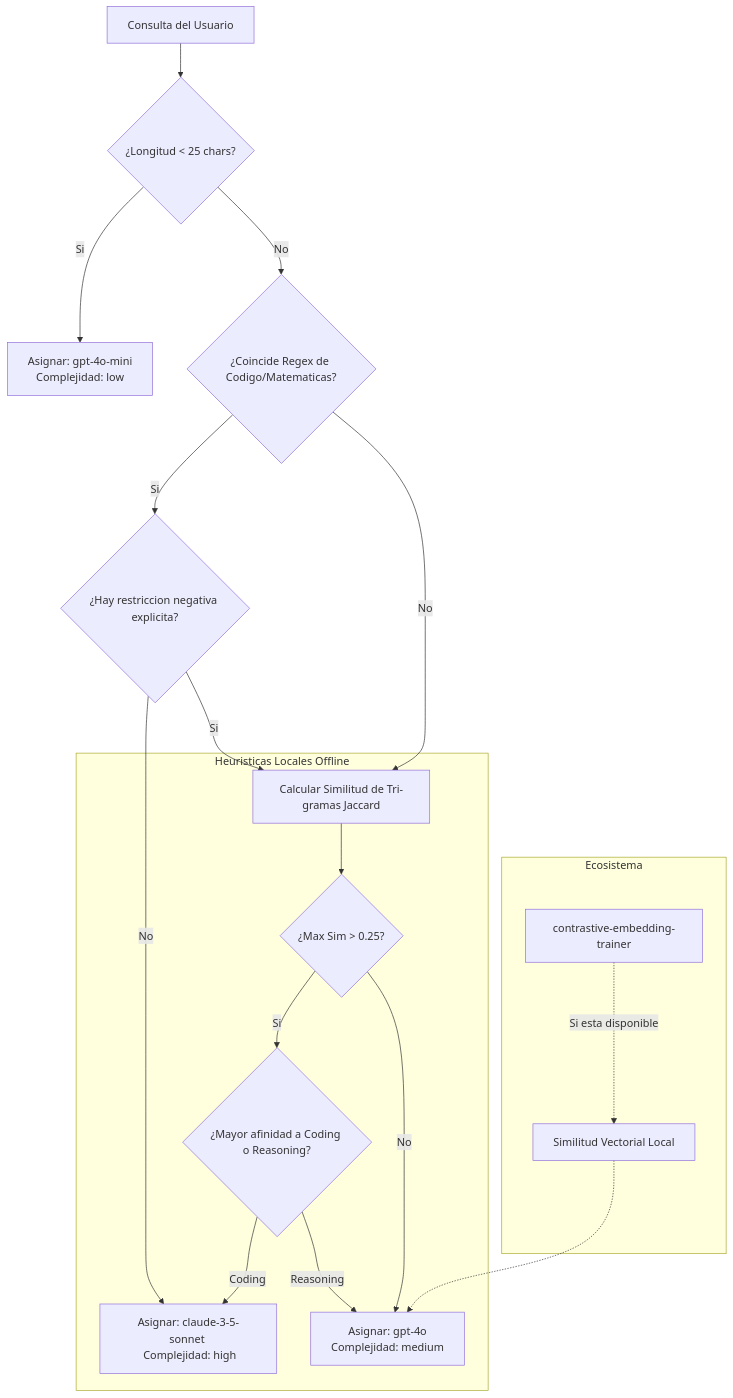
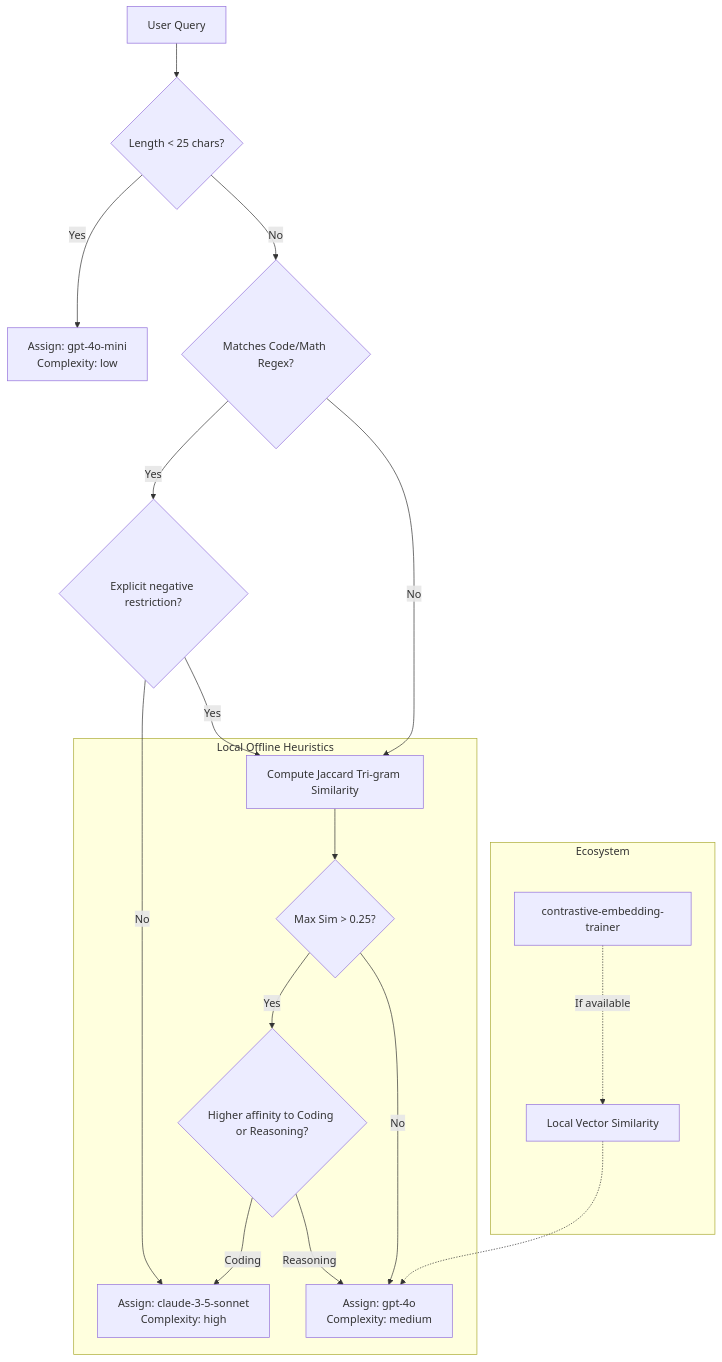
One commit to juanmmm21/semantic-model-router changed the diagram in README.md. Above: the diagram before and after it, drawn with Mermaid. The commit also changed other lines of this file, not shown here.

````diff
--- a/README.md
+++ b/README.md
@@ -11,26 +11,26 @@
 ```mermaid
 graph TD
-    Query[Consulta del Usuario] --> LengthCheck{¿Longitud < 25 chars?}
+    Query[User Query] --> LengthCheck{Length < 25 chars?}
     
-    LengthCheck -->|Si| Mini[Asignar: gpt-4o-mini <br/> Complejidad: low]
-    LengthCheck -->|No| RegexCheck{¿Coincide Regex de Codigo/Matematicas?}
+    LengthCheck -->|Yes| Mini[Assign: gpt-4o-mini <br/> Complexity: low]
+    LengthCheck -->|No| RegexCheck{Matches Code/Math Regex?}
     
-    RegexCheck -->|Si| CodeNegativeCheck{¿Hay restriccion negativa explicita?}
-    CodeNegativeCheck -->|Si| JaccardCheck[Calcular Similitud de Tri-gramas Jaccard]
-    CodeNegativeCheck -->|No| Sonnet[Asignar: claude-3-5-sonnet <br/> Complejidad: high]
+    RegexCheck -->|Yes| CodeNegativeCheck{Explicit negative restriction?}
+    CodeNegativeCheck -->|Yes| JaccardCheck[Compute Jaccard Tri-gram Similarity]
+    CodeNegativeCheck -->|No| Sonnet[Assign: claude-3-5-sonnet <br/> Complexity: high]
     
     RegexCheck -->|No| JaccardCheck
     
-    subgraph Heuristicas Locales Offline
-        JaccardCheck --> JaccardCompare{¿Max Sim > 0.25?}
-        JaccardCompare -->|Si| MaxAnchor{¿Mayor afinidad a Coding o Reasoning?}
+    subgraph Local Offline Heuristics
+        JaccardCheck --> JaccardCompare{Max Sim > 0.25?}
+        JaccardCompare -->|Yes| MaxAnchor{Higher affinity to Coding or Reasoning?}
         MaxAnchor -->|Coding| Sonnet
-        MaxAnchor -->|Reasoning| GPT4[Asignar: gpt-4o <br/> Complejidad: medium]
+        MaxAnchor -->|Reasoning| GPT4[Assign: gpt-4o <br/> Complexity: medium]
         JaccardCompare -->|No| GPT4
     end
     
-    subgraph Ecosistema
-        EmbeddingTrainer[contrastive-embedding-trainer] -.->|Si esta disponible| RouterEmbeddings[Similitud Vectorial Local]
+    subgraph Ecosystem
+        EmbeddingTrainer[contrastive-embedding-trainer] -.->|If available| RouterEmbeddings[Local Vector Similarity]
         RouterEmbeddings -.-> GPT4
     end
 ```
````
